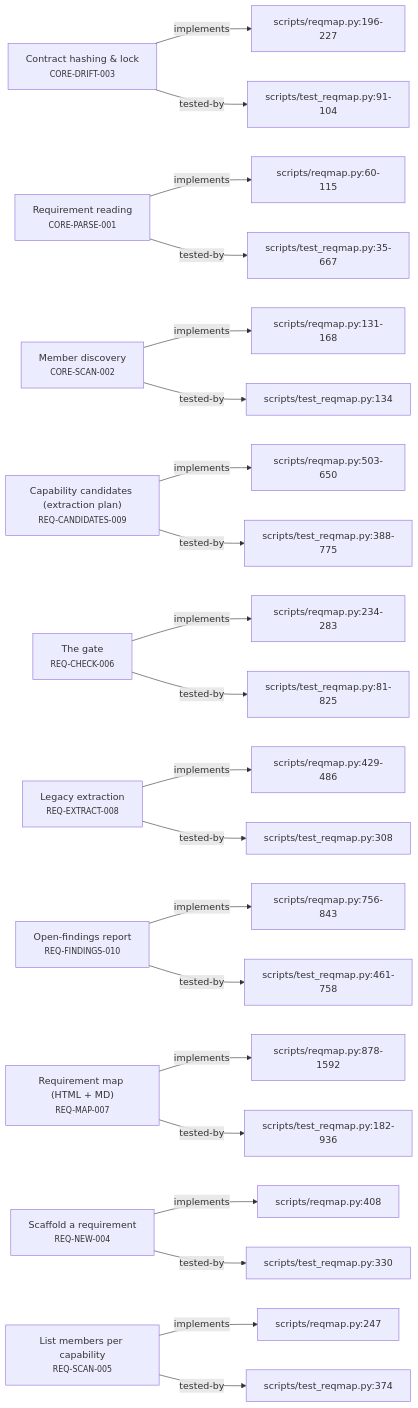
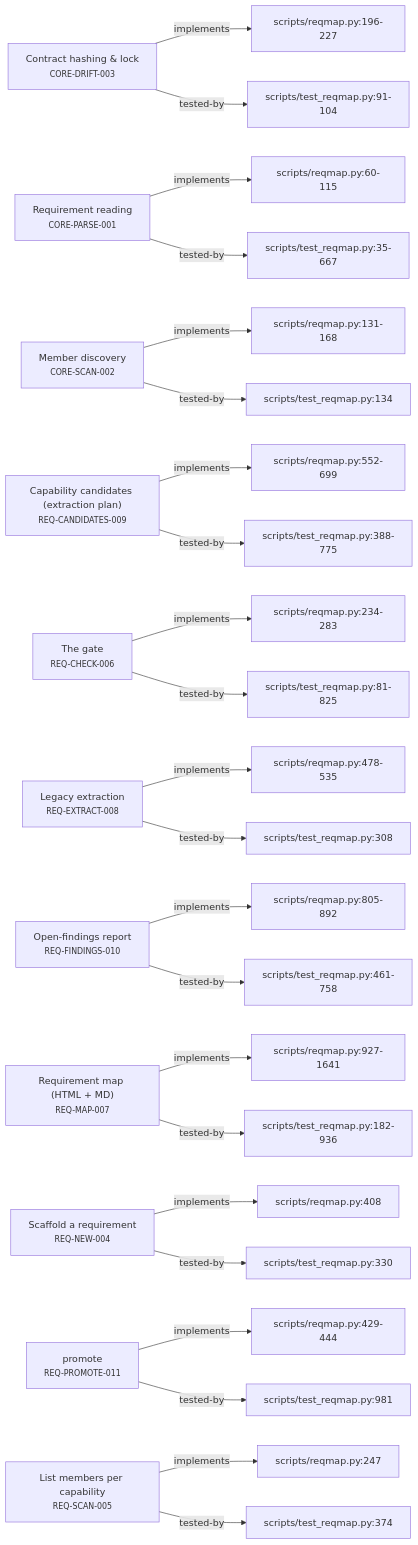
Before and after one commit to alxmax/Requirement-manager: the second of 4 diagrams in plugin/requirements/_map.md, drawn with Mermaid. The commit also changed other lines of this file and 19 other files, not shown here.

First line of the commit message:
feat(reqmap): add 'promote' command + standardize owner to Alex (1.5.0)

````diff
--- a/plugin/requirements/_map.md
+++ b/plugin/requirements/_map.md
@@ -38,53 +39,58 @@
 ```mermaid
 graph LR
   CORE_DRIFT_003["Contract hashing & lock<br><small>CORE-DRIFT-003</small>"]
   f_scripts_reqmap_py_196_227["scripts/reqmap.py:196-227"]
   CORE_DRIFT_003 -->|implements| f_scripts_reqmap_py_196_227
   f_scripts_test_reqmap_py_91_104["scripts/test_reqmap.py:91-104"]
   CORE_DRIFT_003 -->|tested-by| f_scripts_test_reqmap_py_91_104
   CORE_PARSE_001["Requirement reading<br><small>CORE-PARSE-001</small>"]
   f_scripts_reqmap_py_60_115["scripts/reqmap.py:60-115"]
   CORE_PARSE_001 -->|implements| f_scripts_reqmap_py_60_115
   f_scripts_test_reqmap_py_35_667["scripts/test_reqmap.py:35-667"]
   CORE_PARSE_001 -->|tested-by| f_scripts_test_reqmap_py_35_667
   CORE_SCAN_002["Member discovery<br><small>CORE-SCAN-002</small>"]
   f_scripts_reqmap_py_131_168["scripts/reqmap.py:131-168"]
   CORE_SCAN_002 -->|implements| f_scripts_reqmap_py_131_168
   f_scripts_test_reqmap_py_134["scripts/test_reqmap.py:134"]
   CORE_SCAN_002 -->|tested-by| f_scripts_test_reqmap_py_134
   REQ_CANDIDATES_009["Capability candidates (extraction plan)<br><small>REQ-CANDIDATES-009</small>"]
-  f_scripts_reqmap_py_503_650["scripts/reqmap.py:503-650"]
-  REQ_CANDIDATES_009 -->|implements| f_scripts_reqmap_py_503_650
+  f_scripts_reqmap_py_552_699["scripts/reqmap.py:552-699"]
+  REQ_CANDIDATES_009 -->|implements| f_scripts_reqmap_py_552_699
   f_scripts_test_reqmap_py_388_775["scripts/test_reqmap.py:388-775"]
   REQ_CANDIDATES_009 -->|tested-by| f_scripts_test_reqmap_py_388_775
   REQ_CHECK_006["The gate<br><small>REQ-CHECK-006</small>"]
   f_scripts_reqmap_py_234_283["scripts/reqmap.py:234-283"]
   REQ_CHECK_006 -->|implements| f_scripts_reqmap_py_234_283
   f_scripts_test_reqmap_py_81_825["scripts/test_reqmap.py:81-825"]
   REQ_CHECK_006 -->|tested-by| f_scripts_test_reqmap_py_81_825
   REQ_EXTRACT_008["Legacy extraction<br><small>REQ-EXTRACT-008</small>"]
-  f_scripts_reqmap_py_429_486["scripts/reqmap.py:429-486"]
-  REQ_EXTRACT_008 -->|implements| f_scripts_reqmap_py_429_486
+  f_scripts_reqmap_py_478_535["scripts/reqmap.py:478-535"]
+  REQ_EXTRACT_008 -->|implements| f_scripts_reqmap_py_478_535
   f_scripts_test_reqmap_py_308["scripts/test_reqmap.py:308"]
   REQ_EXTRACT_008 -->|tested-by| f_scripts_test_reqmap_py_308
   REQ_FINDINGS_010["Open-findings report<br><small>REQ-FINDINGS-010</small>"]
-  f_scripts_reqmap_py_756_843["scripts/reqmap.py:756-843"]
-  REQ_FINDINGS_010 -->|implements| f_scripts_reqmap_py_756_843
+  f_scripts_reqmap_py_805_892["scripts/reqmap.py:805-892"]
+  REQ_FINDINGS_010 -->|implements| f_scripts_reqmap_py_805_892
   f_scripts_test_reqmap_py_461_758["scripts/test_reqmap.py:461-758"]
   REQ_FINDINGS_010 -->|tested-by| f_scripts_test_reqmap_py_461_758
   REQ_MAP_007["Requirement map (HTML + MD)<br><small>REQ-MAP-007</small>"]
-  f_scripts_reqmap_py_878_1592["scripts/reqmap.py:878-1592"]
-  REQ_MAP_007 -->|implements| f_scripts_reqmap_py_878_1592
+  f_scripts_reqmap_py_927_1641["scripts/reqmap.py:927-1641"]
+  REQ_MAP_007 -->|implements| f_scripts_reqmap_py_927_1641
   f_scripts_test_reqmap_py_182_936["scripts/test_reqmap.py:182-936"]
   REQ_MAP_007 -->|tested-by| f_scripts_test_reqmap_py_182_936
   REQ_NEW_004["Scaffold a requirement<br><small>REQ-NEW-004</small>"]
   f_scripts_reqmap_py_408["scripts/reqmap.py:408"]
   REQ_NEW_004 -->|implements| f_scripts_reqmap_py_408
   f_scripts_test_reqmap_py_330["scripts/test_reqmap.py:330"]
   REQ_NEW_004 -->|tested-by| f_scripts_test_reqmap_py_330
+  REQ_PROMOTE_011["promote<br><small>REQ-PROMOTE-011</small>"]
+  f_scripts_reqmap_py_429_444["scripts/reqmap.py:429-444"]
+  REQ_PROMOTE_011 -->|implements| f_scripts_reqmap_py_429_444
+  f_scripts_test_reqmap_py_981["scripts/test_reqmap.py:981"]
+  REQ_PROMOTE_011 -->|tested-by| f_scripts_test_reqmap_py_981
   REQ_SCAN_005["List members per capability<br><small>REQ-SCAN-005</small>"]
   f_scripts_reqmap_py_247["scripts/reqmap.py:247"]
   REQ_SCAN_005 -->|implements| f_scripts_reqmap_py_247
   f_scripts_test_reqmap_py_374["scripts/test_reqmap.py:374"]
   REQ_SCAN_005 -->|tested-by| f_scripts_test_reqmap_py_374
 ```
````
